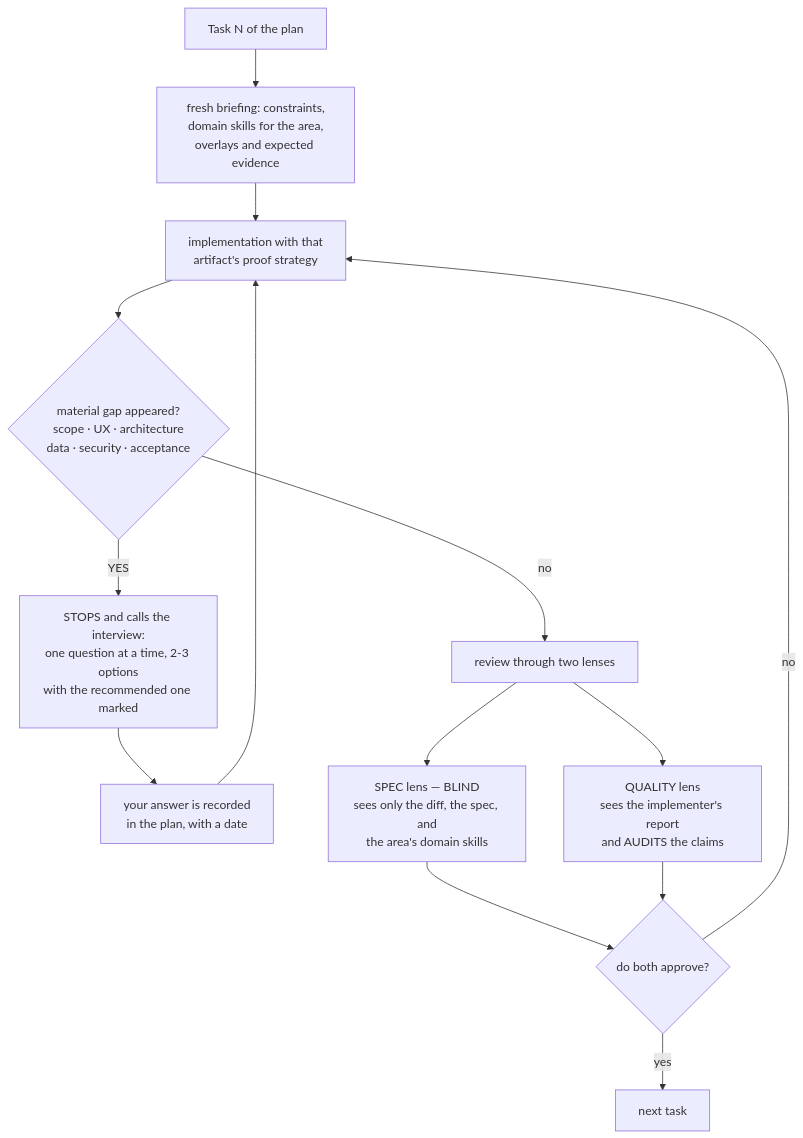
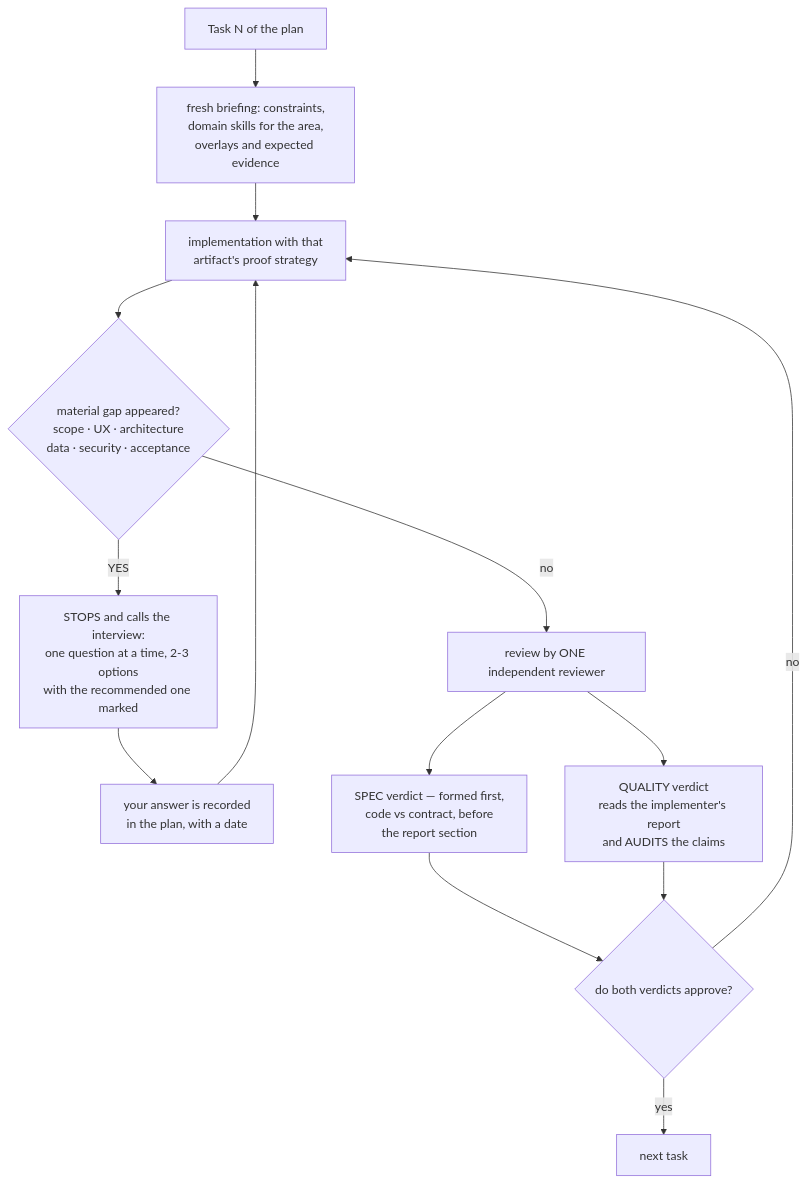
The third of 8 diagrams in README.md (rpelizza/PelizzAI), drawn with Mermaid before and after one commit. The commit also changed other lines of this file and 63 other files, not shown here.

````diff
--- a/README.md
+++ b/README.md
@@ -151,16 +151,16 @@
 ```mermaid
 flowchart TD
     T["Task N of the plan"] --> BRIEF["fresh briefing: constraints,<br/>domain skills for the area,<br/>overlays and expected evidence"]
     BRIEF --> IMPL["implementation with that<br/>artifact's proof strategy"]
     IMPL --> GAP{"material gap appeared?<br/>scope · UX · architecture<br/>data · security · acceptance"}
     GAP -- "YES" --> IV["STOPS and calls the interview:<br/>one question at a time, 2-3 options<br/>with the recommended one marked"]
     IV --> REG["your answer is recorded<br/>in the plan, with a date"]
     REG --> IMPL
-    GAP -- "no" --> REV["review through two lenses"]
-    REV --> L1["SPEC lens — BLIND<br/>sees only the diff, the spec, and<br/>the area's domain skills"]
-    REV --> L2["QUALITY lens<br/>sees the implementer's report<br/>and AUDITS the claims"]
-    L1 --> OK{"do both approve?"}
+    GAP -- "no" --> REV["review by ONE independent reviewer"]
+    REV --> L1["SPEC verdict — formed first,<br/>code vs contract, before<br/>the report section"]
+    REV --> L2["QUALITY verdict<br/>reads the implementer's report<br/>and AUDITS the claims"]
+    L1 --> OK{"do both verdicts approve?"}
     L2 --> OK
     OK -- "no" --> IMPL
     OK -- "yes" --> NEXT["next task"]
 ```
````
